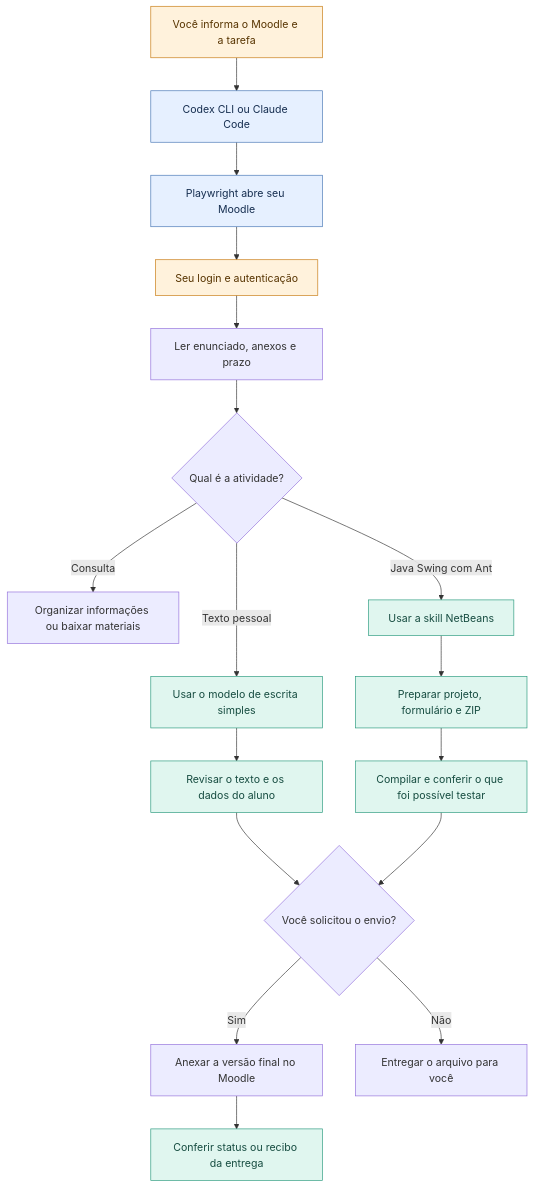
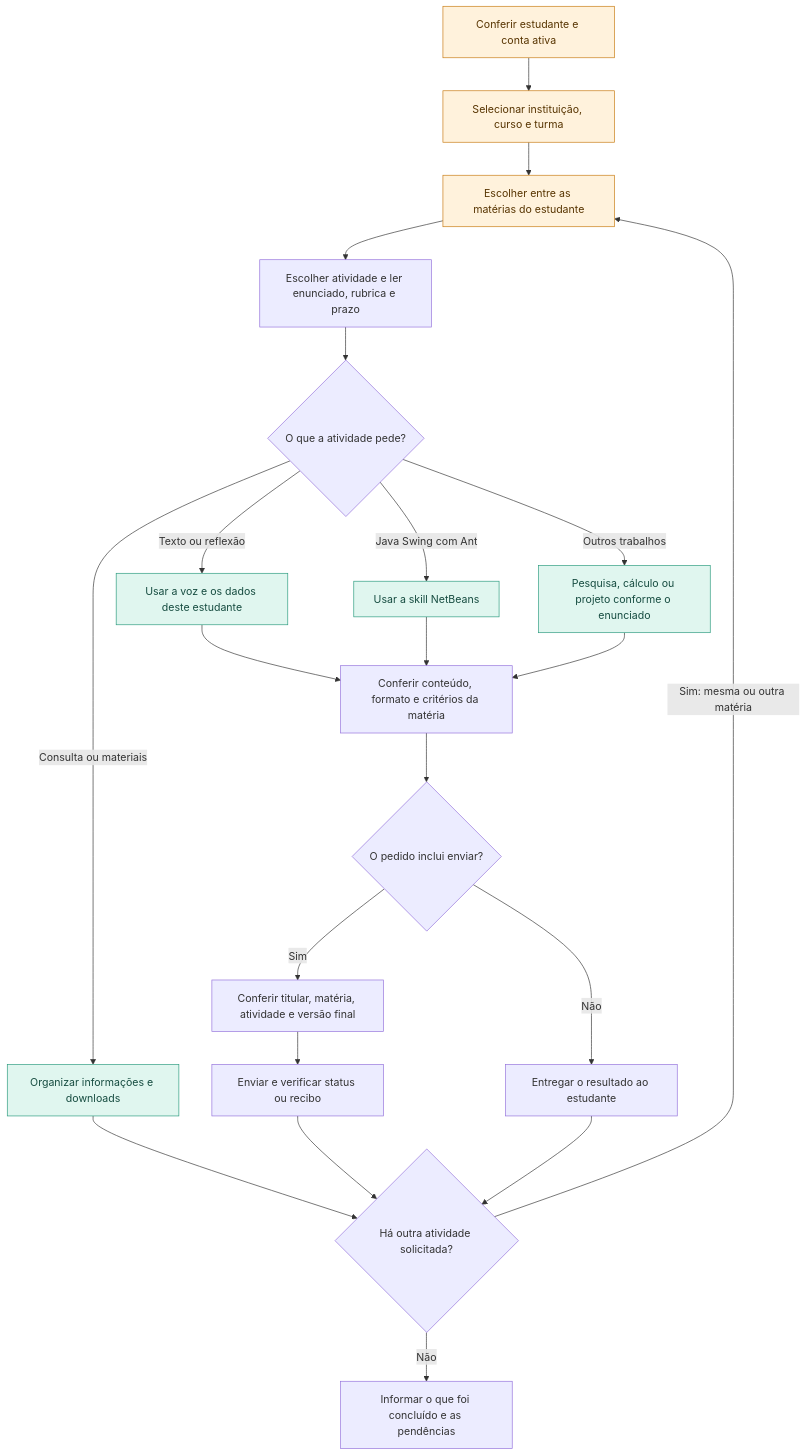
Before and after one commit to JoaoVitorSteffenDoNascimento/MoodlePlayWritgh: the second of 2 diagrams in README.md, drawn with Mermaid. The commit also changed other lines of this file, not shown here.

````diff
--- a/README.md
+++ b/README.md
@@ -35,25 +58,27 @@
 ```mermaid
 flowchart TD
-    pedido["Você informa o Moodle e a tarefa"] --> cliente["Codex CLI ou Claude Code"]
-    cliente --> navegador["Playwright abre seu Moodle"]
-    navegador --> login["Seu login e autenticação"]
-    login --> enunciado["Ler enunciado, anexos e prazo"]
-    enunciado --> tipo{"Qual é a atividade?"}
-    tipo -->|"Consulta"| consulta["Organizar informações ou baixar materiais"]
-    tipo -->|"Texto pessoal"| texto["Usar o modelo de escrita simples"]
-    tipo -->|"Java Swing com Ant"| java["Usar a skill NetBeans"]
-    texto --> revisao["Revisar o texto e os dados do aluno"]
-    java --> projeto["Preparar projeto, formulário e ZIP"]
-    projeto --> conferir["Compilar e conferir o que foi possível testar"]
-    revisao --> envio{"Você solicitou o envio?"}
-    conferir --> envio
-    envio -->|"Sim"| anexar["Anexar a versão final no Moodle"]
-    envio -->|"Não"| arquivo["Entregar o arquivo para você"]
-    anexar --> recibo["Conferir status ou recibo da entrega"]
+    titular["Conferir estudante e conta ativa"] --> contexto["Selecionar instituição, curso e turma"]
+    contexto --> materias["Escolher entre as matérias do estudante"]
+    materias --> atividade["Escolher atividade e ler enunciado, rubrica e prazo"]
+    atividade --> apoio{"O que a atividade pede?"}
+    apoio -->|"Consulta ou materiais"| consulta["Organizar informações e downloads"]
+    apoio -->|"Texto ou reflexão"| texto["Usar a voz e os dados deste estudante"]
+    apoio -->|"Java Swing com Ant"| java["Usar a skill NetBeans"]
+    apoio -->|"Outros trabalhos"| outros["Pesquisa, cálculo ou projeto conforme o enunciado"]
+    texto --> revisao["Conferir conteúdo, formato e critérios da matéria"]
+    java --> revisao
+    outros --> revisao
+    revisao --> envio{"O pedido inclui enviar?"}
+    envio -->|"Sim"| entrega["Conferir titular, matéria, atividade e versão final"]
+    entrega --> recibo["Enviar e verificar status ou recibo"]
+    envio -->|"Não"| arquivo["Entregar o resultado ao estudante"]
+    consulta --> proxima{"Há outra atividade solicitada?"}
+    recibo --> proxima
+    arquivo --> proxima
+    proxima -->|"Sim: mesma ou outra matéria"| materias
+    proxima -->|"Não"| concluir["Informar o que foi concluído e as pendências"]
     classDef pessoa fill:#fff2dc,stroke:#c77a10,color:#573400;
-    classDef ferramenta fill:#e6f0ff,stroke:#4777b5,color:#162e50;
-    classDef trabalho fill:#e0f6ef,stroke:#299a7d,color:#164c40;
-    class pedido,login pessoa;
-    class cliente,navegador ferramenta;
-    class texto,java,revisao,projeto,conferir,recibo trabalho;
+    classDef apoio fill:#e0f6ef,stroke:#299a7d,color:#164c40;
+    class titular,contexto,materias pessoa;
+    class texto,java,outros,consulta apoio;
 ```
````
